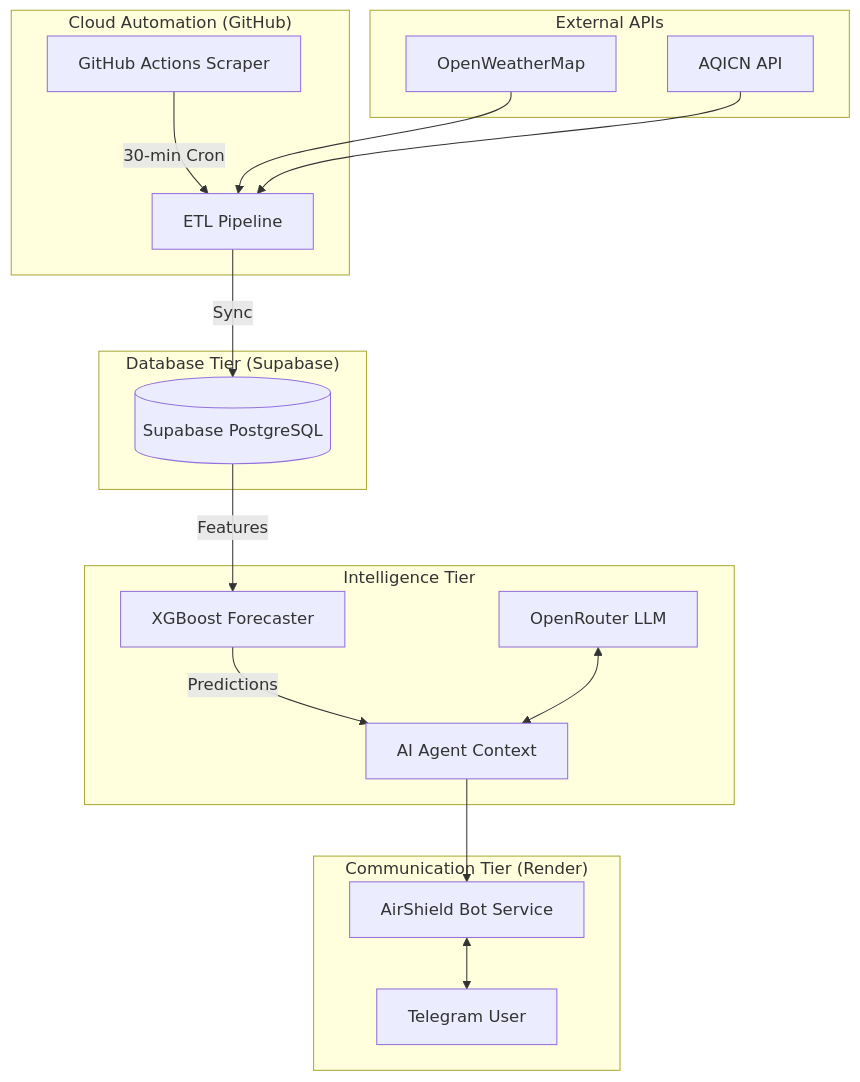
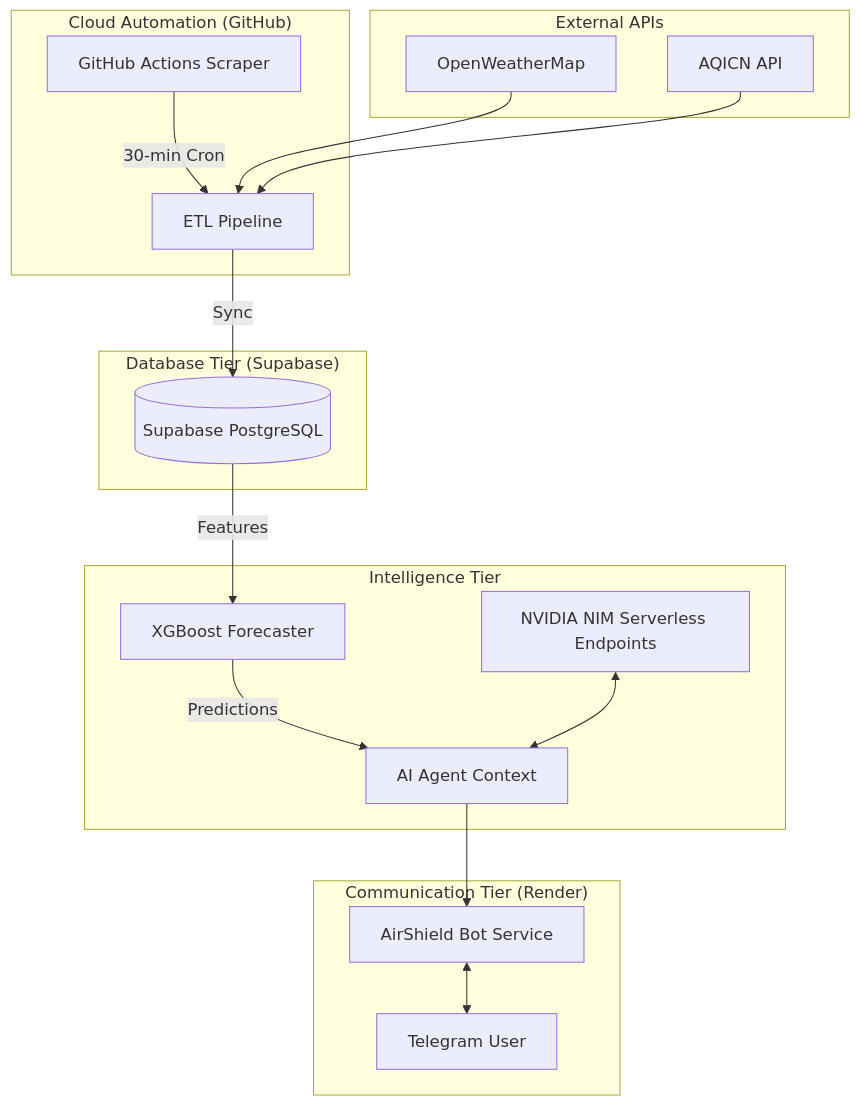
Before and after one commit to Chirag-Jogi/AirShield-AI: the diagram in README.md, drawn with Mermaid. The commit also changed other lines of this file, not shown here.

Commit message:
feat(agent): migrate to NVIDIA NIM infrastructure & inject persona memory

````diff
--- a/README.md
+++ b/README.md
@@ -40,27 +40,27 @@
 ```mermaid
 graph TD;
 
     subgraph "Cloud Automation (GitHub)"
         A[GitHub Actions Scraper] -->|"30-min Cron"| B[ETL Pipeline];
     end
 
     subgraph "External APIs"
         C[OpenWeatherMap] --> B;
         D[AQICN API] --> B;
     end
 
     subgraph "Database Tier (Supabase)"
         B -->|"Sync"| E[(Supabase PostgreSQL)];
     end
 
     subgraph "Intelligence Tier"
         E -->|"Features"| F[XGBoost Forecaster];
         F -->|"Predictions"| G[AI Agent Context];
-        H[OpenRouter LLM] <--> G;
+        H[NVIDIA NIM Serverless Endpoints] <--> G;
     end
 
     subgraph "Communication Tier (Render)"
         G --> I[AirShield Bot Service];
         I <--> J[Telegram User];
     end
  ```   
````
